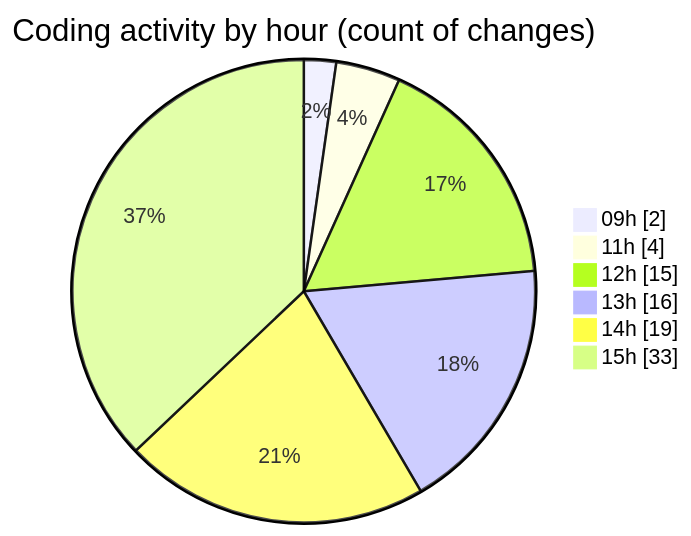
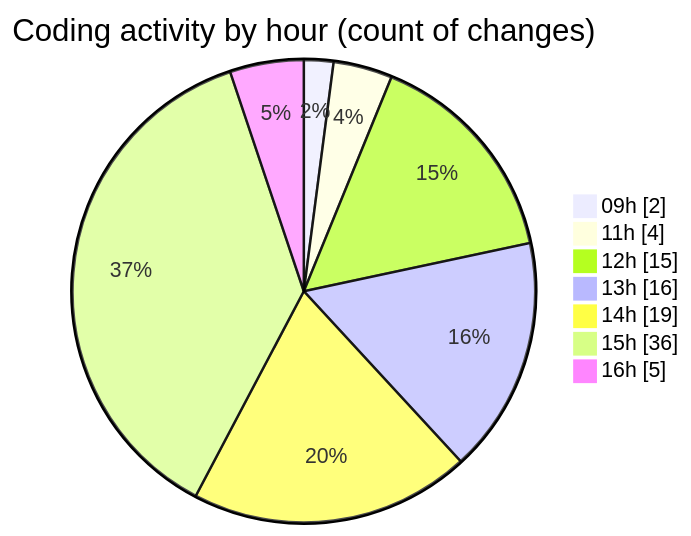
One commit to Elitesun/code-tracking changed the second of 2 diagrams in 2025-04-30/niten/README.md. Above: the diagram before and after it, drawn with Mermaid. The commit also changed other lines of this file and 1 other file, not shown here.

````diff
--- a/2025-04-30/niten/README.md
+++ b/2025-04-30/niten/README.md
@@ -56,10 +56,11 @@
 ```mermaid
 pie showData
 title Coding activity by hour (count of changes)
 "09h" : 2
 "11h" : 4
 "12h" : 15
 "13h" : 16
 "14h" : 19
-"15h" : 33
+"15h" : 36
+"16h" : 5
 ```
````
